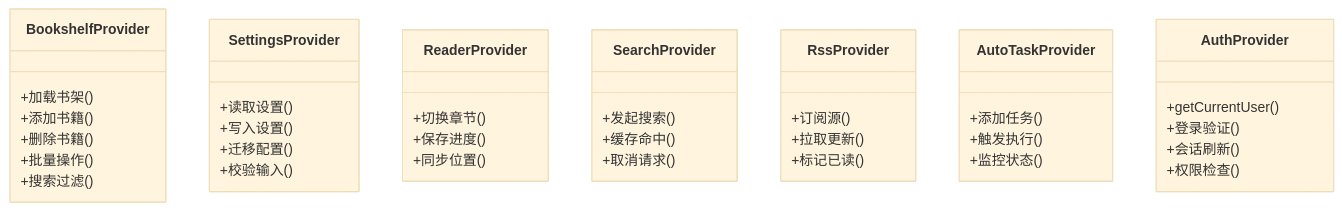
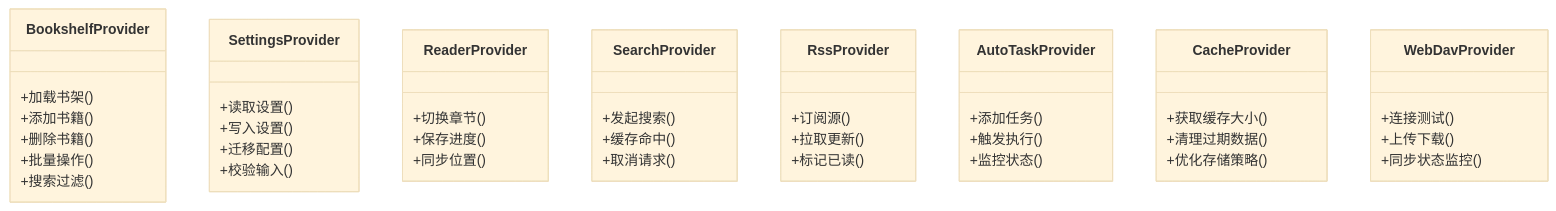
One commit to ZhangGHGitHub/LegadoTeamFlutter changed the fourth of 9 diagrams in .qoder/repowiki/zh/content/Flutter跨平台应用/Flutter跨平台应用.md. Above: the diagram before and after it, drawn with Mermaid (base theme). The commit also changed other lines of this file and 66 other files, not shown here.

````diff
--- a/.qoder/repowiki/zh/content/Flutter跨平台应用/Flutter跨平台应用.md
+++ b/.qoder/repowiki/zh/content/Flutter跨平台应用/Flutter跨平台应用.md
@@ -230,42 +251,46 @@
 ```mermaid
 classDiagram
 class BookshelfProvider {
 +加载书架()
 +添加书籍()
 +删除书籍()
 +批量操作()
 +搜索过滤()
 }
 class SettingsProvider {
 +读取设置()
 +写入设置()
 +迁移配置()
 +校验输入()
 }
 class ReaderProvider {
 +切换章节()
 +保存进度()
 +同步位置()
 }
 class SearchProvider {
 +发起搜索()
 +缓存命中()
 +取消请求()
 }
 class RssProvider {
 +订阅源()
 +拉取更新()
 +标记已读()
 }
 class AutoTaskProvider {
 +添加任务()
 +触发执行()
 +监控状态()
 }
-class AuthProvider {
-+getCurrentUser()
-+登录验证()
-+会话刷新()
-+权限检查()
+class CacheProvider {
++获取缓存大小()
++清理过期数据()
++优化存储策略()
+}
+class WebDavProvider {
++连接测试()
++上传下载()
++同步状态监控()
 }
 ```
````
